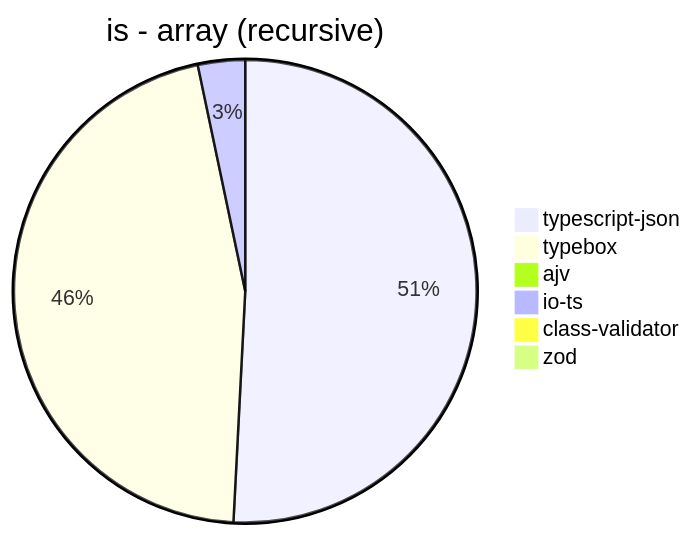
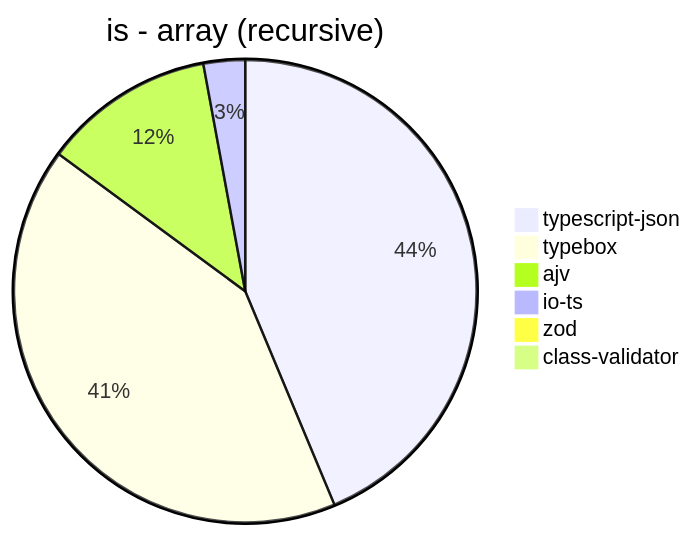
Before and after one commit to samchon/typia: the fifth of 39 diagrams in benchmark/results/AMD Ryzen 9 5900HX with Radeon Graphics.md, drawn with Mermaid. The commit also changed other lines of this file and 3 other files, not shown here.

````diff
--- a/benchmark/results/AMD Ryzen 9 5900HX with Radeon Graphics.md
+++ b/benchmark/results/AMD Ryzen 9 5900HX with Radeon Graphics.md
@@ -65,9 +65,9 @@
 ```mermaid
 pie title is - array (recursive)
-  "typescript-json": 7841.00185528757
-  "typebox": 7081.461675579322
-  "ajv": 0
-  "io-ts": 508.5253887952033
-  "class-validator": 3.779289493575208
-  "zod": 9.37031484257871
+  "typescript-json": 7791.512915129151
+  "typebox": 7380.5163889397545
+  "ajv": 2138.1996015214636
+  "io-ts": 518.2247403210577
+  "zod": 9.657261882219277
+  "class-validator": 3.7285607755406414
 ```
````
